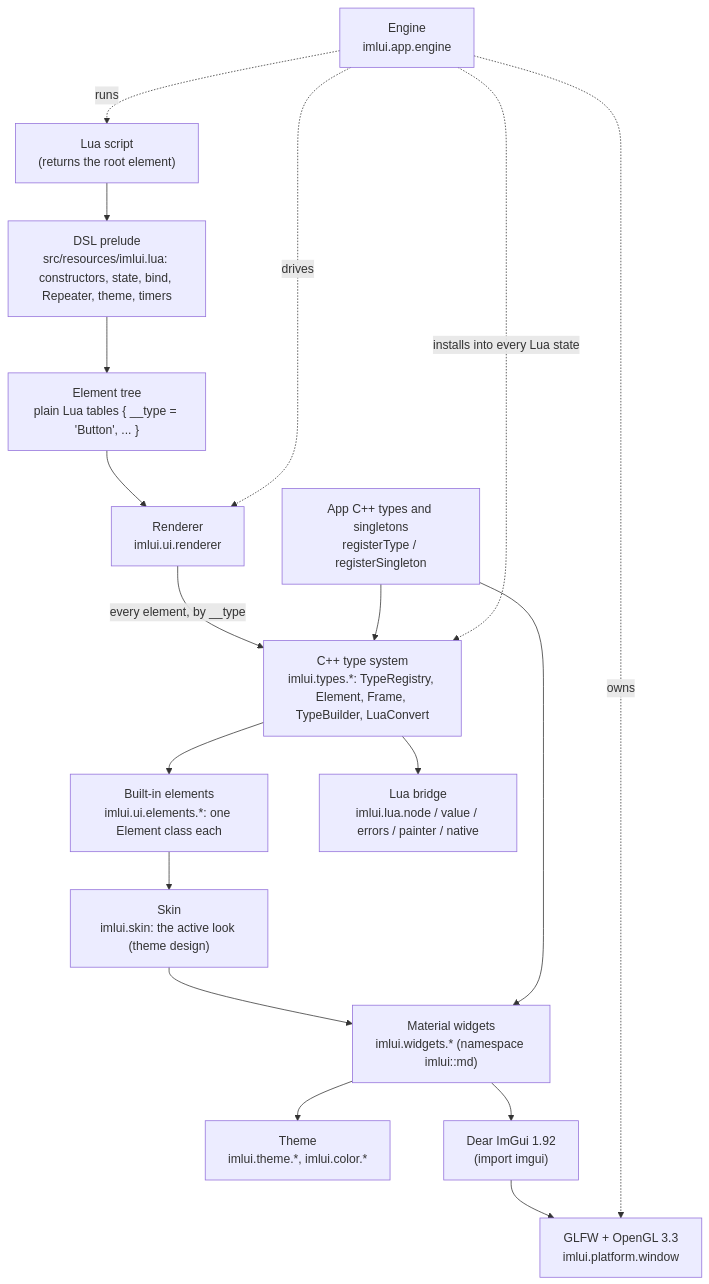
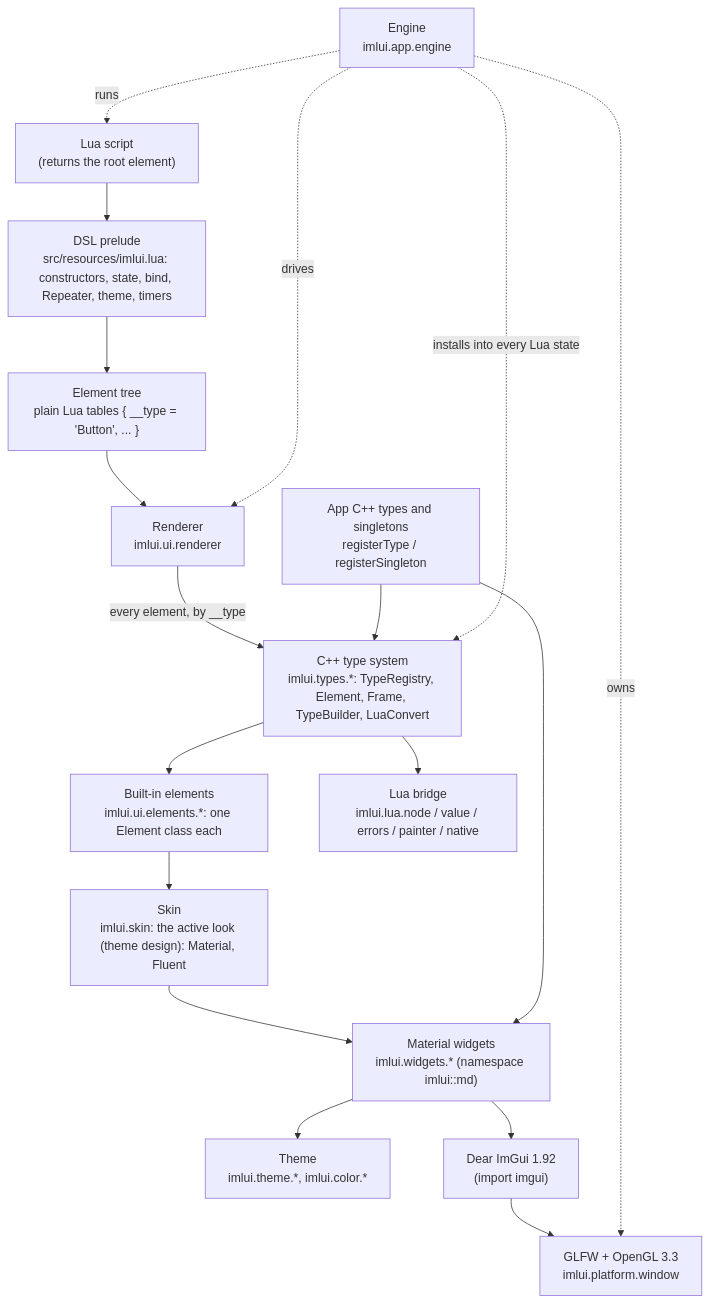
Before and after one commit to MyJules/imlui: the diagram in docs/architecture.md, drawn with Mermaid. The commit also changed other lines of this file and 21 other files, not shown here.

First line of the commit message:
FluentSkin foundation: primitives, Button, element chrome hooks

````diff
--- a/docs/architecture.md
+++ b/docs/architecture.md
@@ -5,20 +5,20 @@
 ```mermaid
 flowchart TD
     S["Lua script<br/>(returns the root element)"] --> P["DSL prelude<br/>src/resources/imlui.lua: constructors, state, bind, Repeater, theme, timers"]
     P --> T["Element tree<br/>plain Lua tables { __type = 'Button', ... }"]
     T --> R["Renderer<br/>imlui.ui.renderer"]
     R -->|"every element, by __type"| TY["C++ type system<br/>imlui.types.*: TypeRegistry, Element, Frame, TypeBuilder, LuaConvert"]
     TY --> EL["Built-in elements<br/>imlui.ui.elements.*: one Element class each"]
     C["App C++ types and singletons<br/>registerType / registerSingleton"] --> TY
-    EL --> SK["Skin<br/>imlui.skin: the active look (theme design)"]
+    EL --> SK["Skin<br/>imlui.skin: the active look (theme design): Material, Fluent"]
     SK --> W["Material widgets<br/>imlui.widgets.* (namespace imlui::md)"]
     TY --> N["Lua bridge<br/>imlui.lua.node / value / errors / painter / native"]
     C --> W
     W --> TH["Theme<br/>imlui.theme.*, imlui.color.*"]
     W --> I["Dear ImGui 1.92<br/>(import imgui)"]
     I --> G["GLFW + OpenGL 3.3<br/>imlui.platform.window"]
     E["Engine<br/>imlui.app.engine"] -.owns.-> G
     E -.runs.-> S
     E -.drives.-> R
     E -.installs into every Lua state.-> TY
 ```
````
